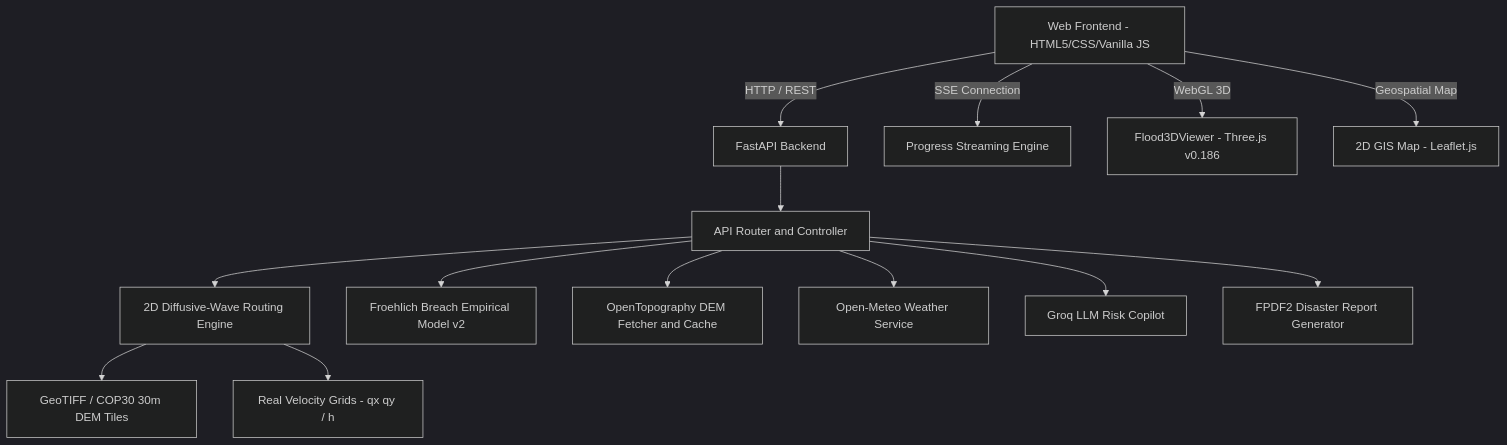
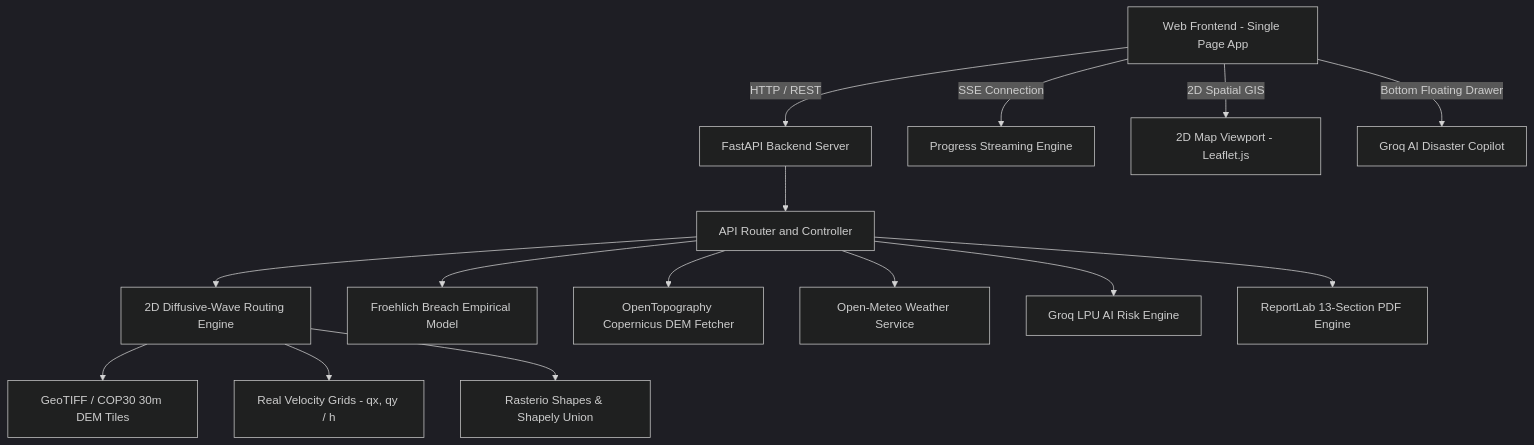
The diagram in docs/ARCHITECTURE.md (Lohith848/dam-break-inundation), drawn with Mermaid (dark theme) before and after one commit. The commit also changed other lines of this file and 32 other files, not shown here.

Commit message:
feat: map-based hydrodynamic simulation, groq AI copilot, CWC PDF reporting, and documentation update

````diff
--- a/docs/ARCHITECTURE.md
+++ b/docs/ARCHITECTURE.md
@@ -11,18 +13,19 @@
 ```mermaid
 graph TD
-    Client[Web Frontend - HTML5/CSS/Vanilla JS] -->|HTTP / REST| API[FastAPI Backend]
+    Client[Web Frontend - Single Page App] -->|HTTP / REST| API[FastAPI Backend Server]
     Client -->|SSE Connection| SSE[Progress Streaming Engine]
-    Client -->|WebGL 3D| ThreeJS[Flood3DViewer - Three.js v0.186]
-    Client -->|Geospatial Map| Leaflet[2D GIS Map - Leaflet.js]
+    Client -->|2D Spatial GIS| Leaflet[2D Map Viewport - Leaflet.js]
+    Client -->|Bottom Floating Drawer| AICopilot[Groq AI Disaster Copilot]
 
     API --> Router[API Router and Controller]
     Router --> HydroEngine[2D Diffusive-Wave Routing Engine]
-    Router --> BreachEngine[Froehlich Breach Empirical Model v2]
-    Router --> OpenTopo[OpenTopography DEM Fetcher and Cache]
+    Router --> BreachEngine[Froehlich Breach Empirical Model]
+    Router --> OpenTopo[OpenTopography Copernicus DEM Fetcher]
     Router --> WeatherAPI[Open-Meteo Weather Service]
-    Router --> GroqAI[Groq LLM Risk Copilot]
-    Router --> PDFGen[FPDF2 Disaster Report Generator]
+    Router --> GroqAI[Groq LPU AI Risk Engine]
+    Router --> PDFGen[ReportLab 13-Section PDF Engine]
 
     HydroEngine --> DEM[GeoTIFF / COP30 30m DEM Tiles]
-    HydroEngine --> VelGrid[Real Velocity Grids - qx qy / h]
+    HydroEngine --> VelGrid[Real Velocity Grids - qx, qy / h]
+    HydroEngine --> PolygonEngine[Rasterio Shapes & Shapely Union]
 ```
````
